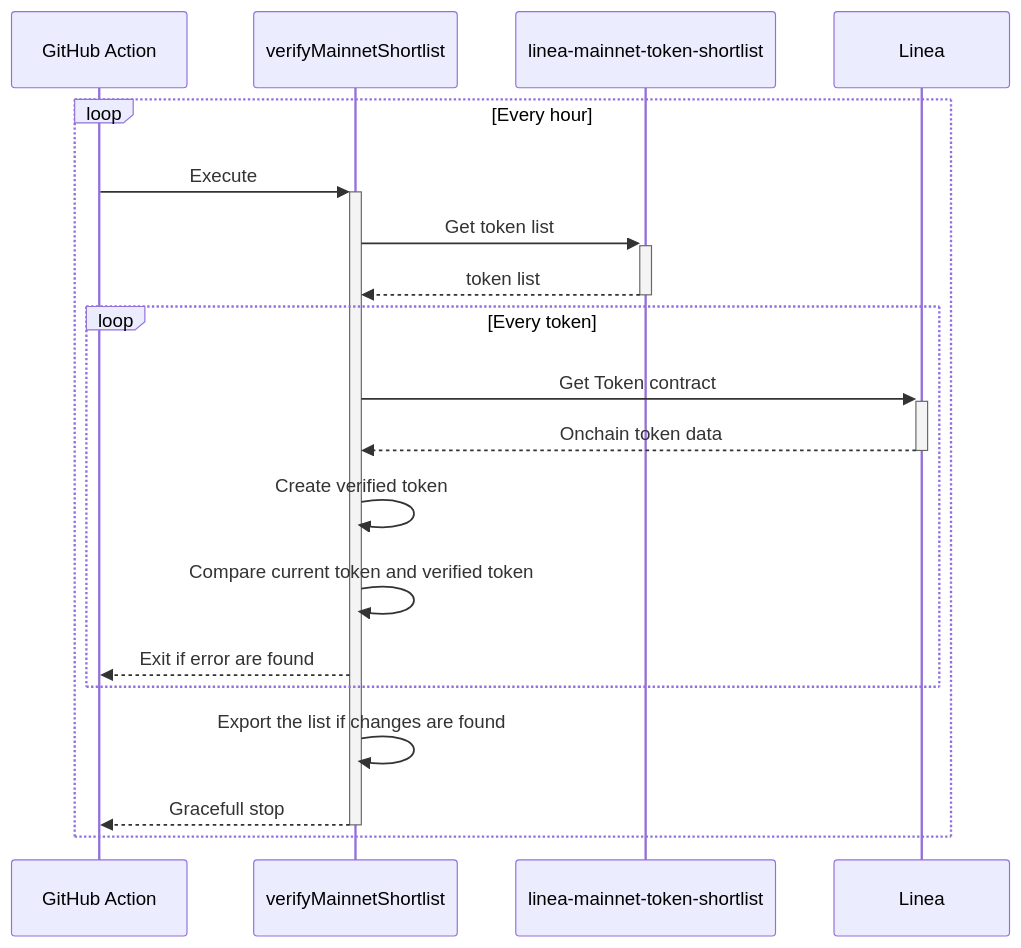
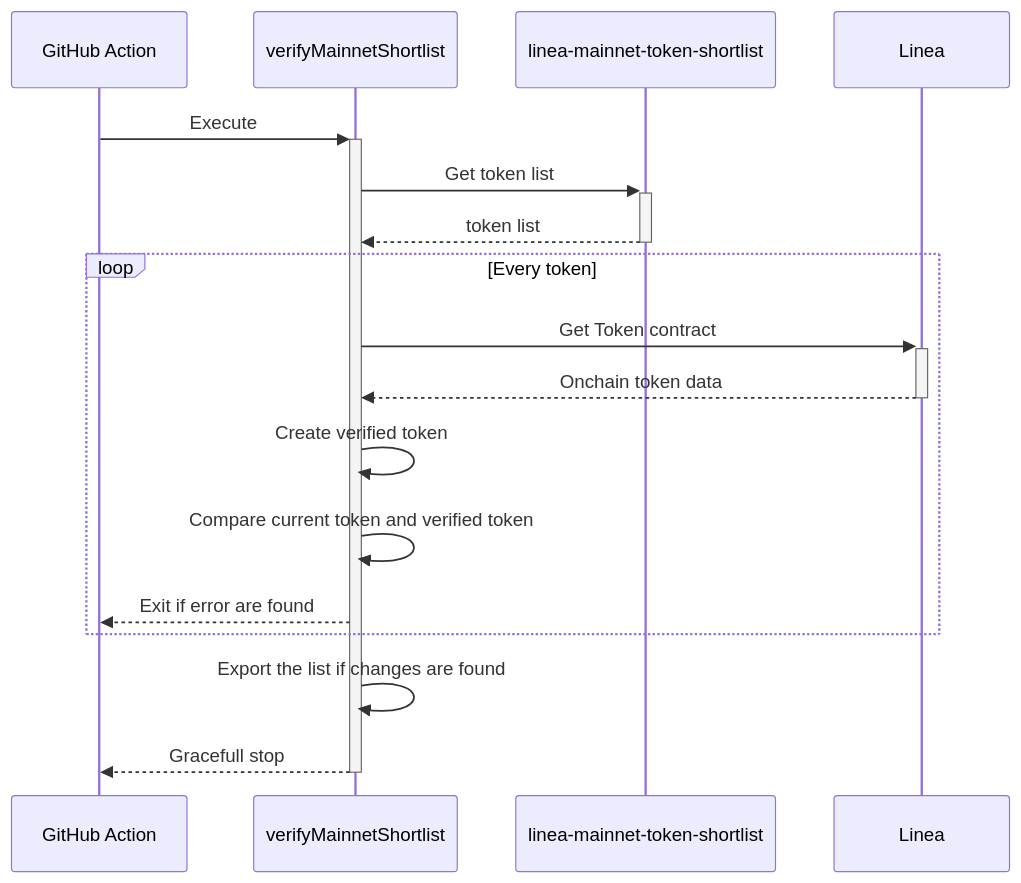
One commit to Consensys/linea-token-list changed the diagram in docs/mermaid/diagrams/verify-mainnet-shortlist.mmd. Above: the diagram before and after it, drawn with Mermaid. The commit also changed 5 other files, not shown here.

Commit message:
feat: github action diagrams

```diff
--- a/docs/mermaid/diagrams/verify-mainnet-shortlist.mmd
+++ b/docs/mermaid/diagrams/verify-mainnet-shortlist.mmd
@@ -1,17 +1,15 @@
 sequenceDiagram
-    loop Every hour
-        GitHub Action->>+verifyMainnetShortlist: Execute
-        verifyMainnetShortlist->>+linea-mainnet-token-shortlist: Get token list
-        linea-mainnet-token-shortlist-->>-verifyMainnetShortlist: token list
+    GitHub Action->>+verifyMainnetShortlist: Execute
+    verifyMainnetShortlist->>+linea-mainnet-token-shortlist: Get token list
+    linea-mainnet-token-shortlist-->>-verifyMainnetShortlist: token list
 
-        loop Every token
-            verifyMainnetShortlist->>+Linea: Get Token contract
-            Linea-->>-verifyMainnetShortlist: Onchain token data
-            verifyMainnetShortlist->>verifyMainnetShortlist: Create verified token
-            verifyMainnetShortlist->>verifyMainnetShortlist: Compare current token and verified token
-            verifyMainnetShortlist-->>GitHub Action: Exit if error are found
-            
-        end
-        verifyMainnetShortlist->>verifyMainnetShortlist: Export the list if changes are found
-        verifyMainnetShortlist-->>-GitHub Action: Gracefull stop
+    loop Every token
+        verifyMainnetShortlist->>+Linea: Get Token contract
+        Linea-->>-verifyMainnetShortlist: Onchain token data
+        verifyMainnetShortlist->>verifyMainnetShortlist: Create verified token
+        verifyMainnetShortlist->>verifyMainnetShortlist: Compare current token and verified token
+        verifyMainnetShortlist-->>GitHub Action: Exit if error are found
+        
     end
+    verifyMainnetShortlist->>verifyMainnetShortlist: Export the list if changes are found
+    verifyMainnetShortlist-->>-GitHub Action: Gracefull stop
```
